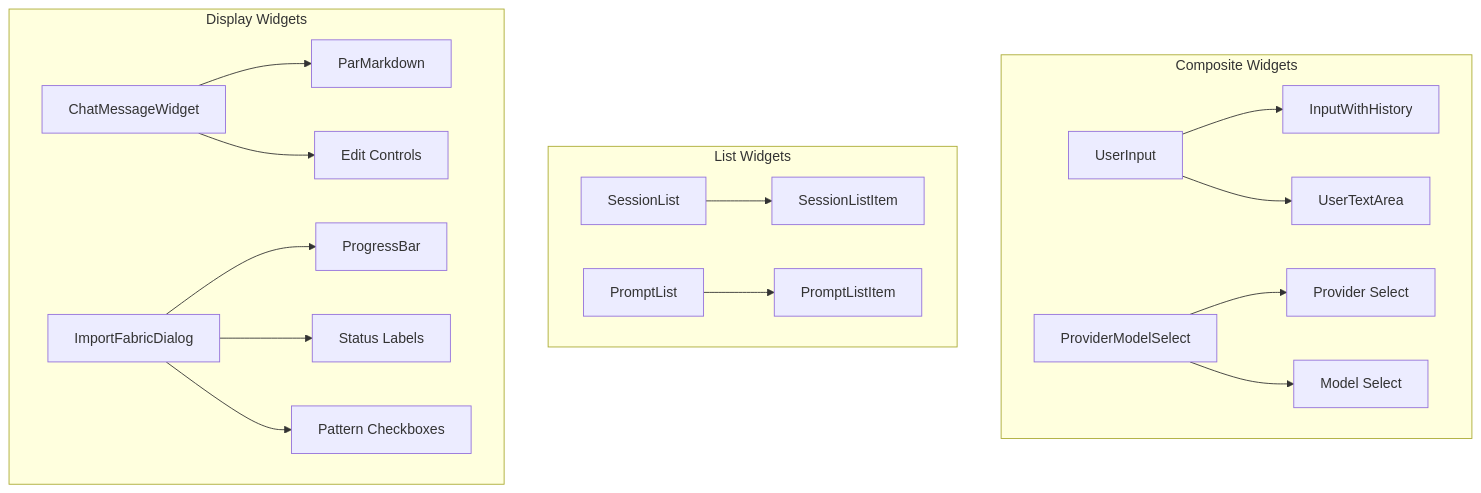
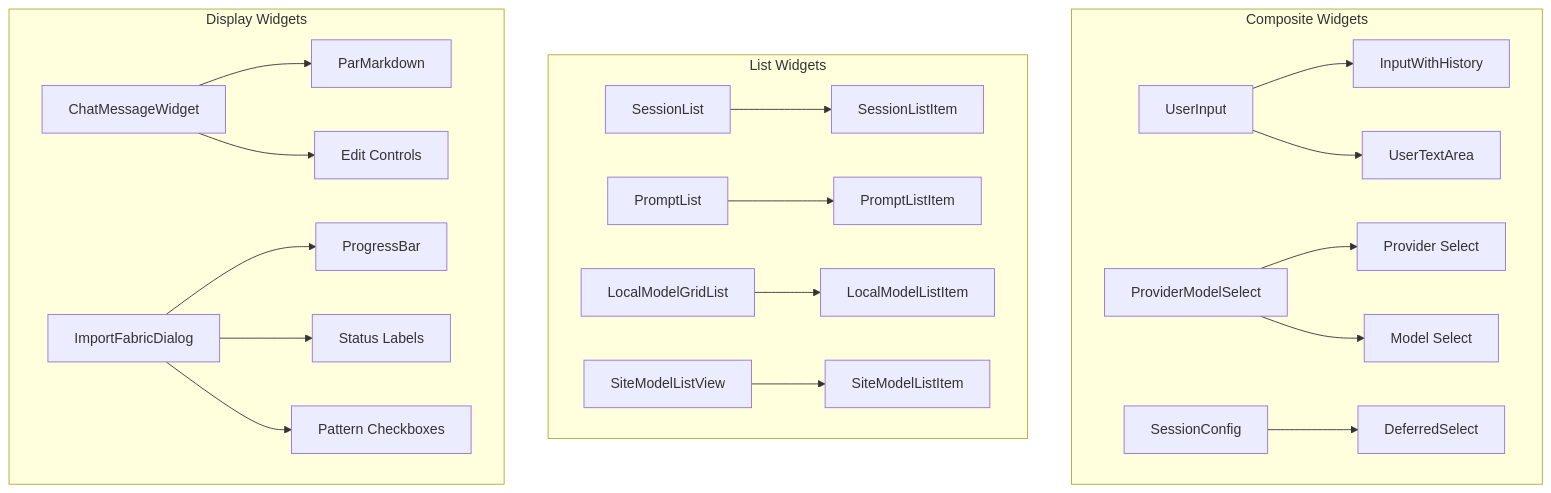
Before and after one commit to paulrobello/parllama: diagram 11 of 14 in project_design.md, drawn with Mermaid. The commit also changed other lines of this file, not shown here.

````diff
--- a/project_design.md
+++ b/project_design.md
@@ -812,31 +827,40 @@
 ```mermaid
 graph TD
     subgraph "Composite Widgets"
         A[UserInput]
         A --> B[InputWithHistory]
         A --> C[UserTextArea]
 
         D[ProviderModelSelect]
         D --> E[Provider Select]
         D --> F[Model Select]
+
+        G[SessionConfig]
+        G --> H[DeferredSelect]
     end
 
     subgraph "List Widgets"
-        G[SessionList]
-        G --> H[SessionListItem]
+        I[SessionList]
+        I --> J[SessionListItem]
 
-        I[PromptList]
-        I --> J[PromptListItem]
+        K[PromptList]
+        K --> L[PromptListItem]
+
+        M[LocalModelGridList]
+        M --> N[LocalModelListItem]
+
+        O[SiteModelListView]
+        O --> P[SiteModelListItem]
     end
 
     subgraph "Display Widgets"
-        K[ChatMessageWidget]
-        K --> L[ParMarkdown]
-        K --> M[Edit Controls]
+        Q[ChatMessageWidget]
+        Q --> R[ParMarkdown]
+        Q --> S[Edit Controls]
 
-        N[ImportFabricDialog]
-        N --> O[ProgressBar]
-        N --> P[Status Labels]
-        N --> Q[Pattern Checkboxes]
+        T[ImportFabricDialog]
+        T --> U[ProgressBar]
+        T --> V[Status Labels]
+        T --> W[Pattern Checkboxes]
     end
 ```
````
